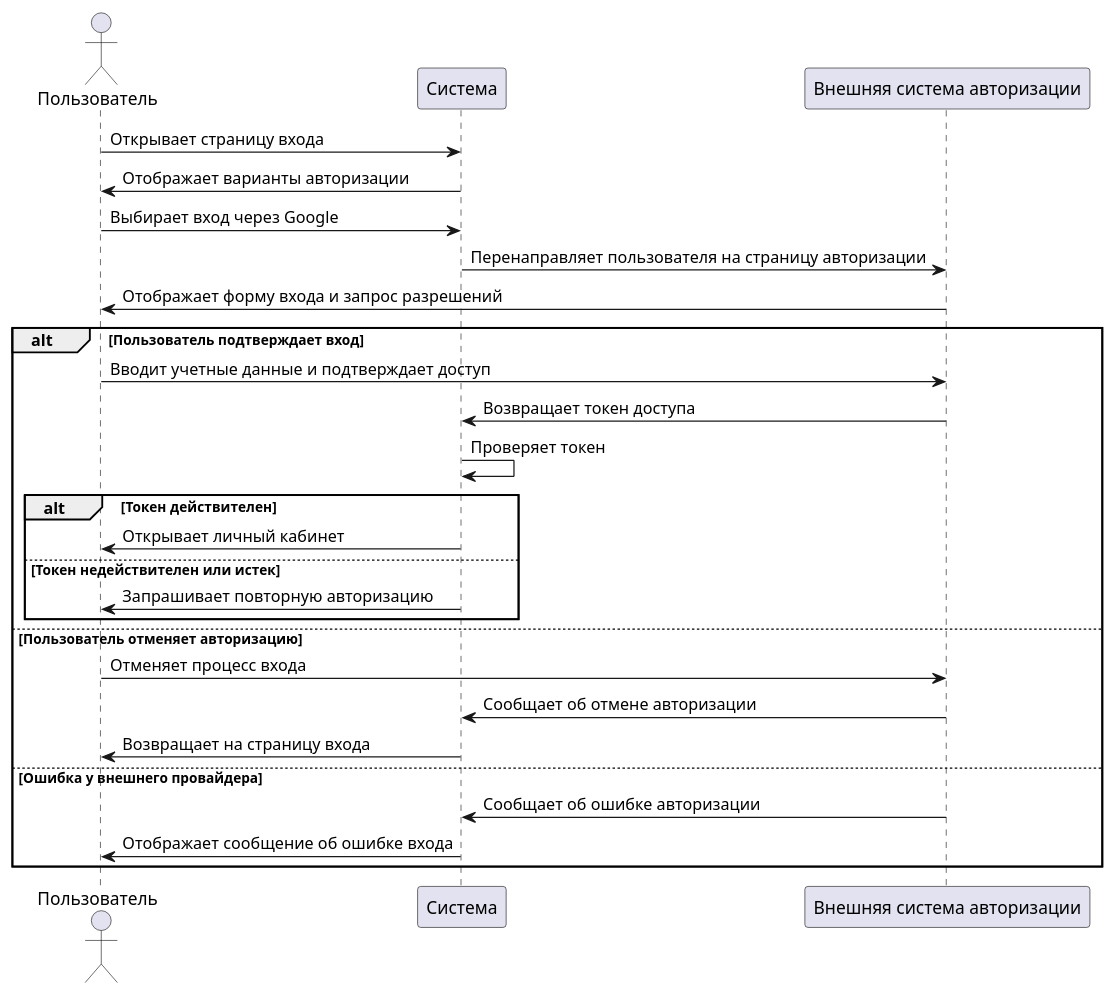
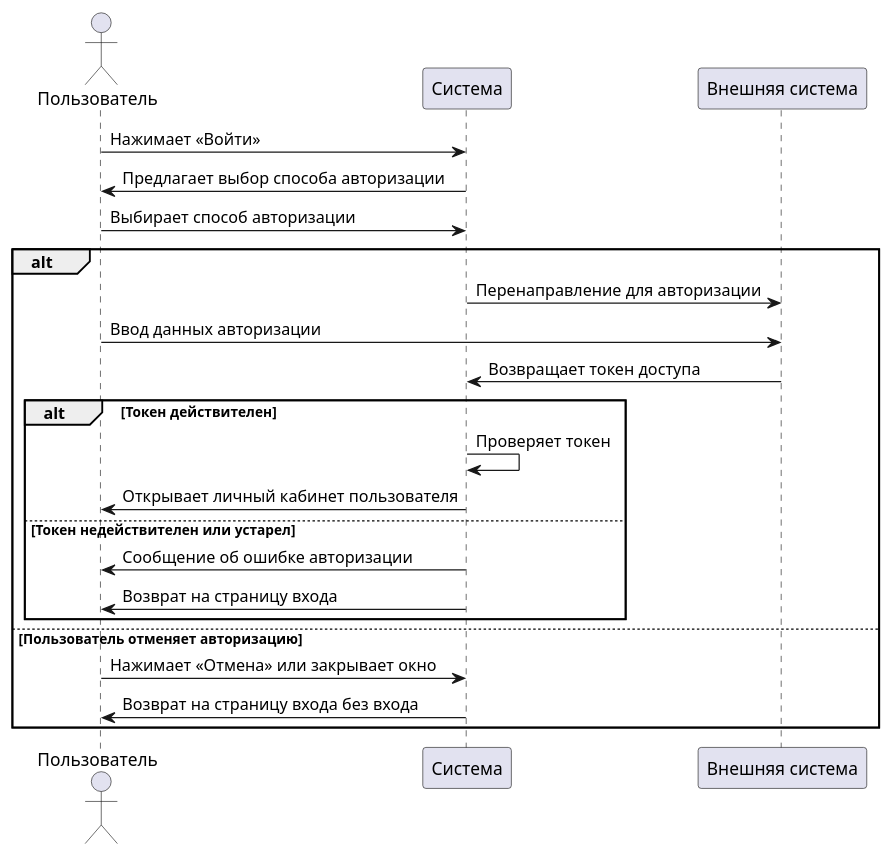
Before and after one commit to DustofTimeYT/DropDatabase: the diagram in docs/external-auth-diagram.plantuml, drawn with PlantUML.

Commit message:
Обновил диаграмму последовательности для авторизации

```diff
--- a/docs/external-auth-diagram.plantuml
+++ b/docs/external-auth-diagram.plantuml
@@ -1,31 +1,28 @@
 @startuml
 actor Пользователь
-participant "Система" as System
-participant "Внешняя система авторизации" as Auth
+participant Система
+participant "Внешняя система" as ВнешняяСистема
 
-Пользователь -> System: Открывает страницу входа
-System -> Пользователь: Отображает варианты авторизации
+Пользователь -> Система : Нажимает «Войти»
+Система -> Пользователь : Предлагает выбор способа авторизации
+Пользователь -> Система : Выбирает способ авторизации
 
-Пользователь -> System: Выбирает вход через Google
-System -> Auth: Перенаправляет пользователя на страницу авторизации
+alt 
+  Система -> ВнешняяСистема : Перенаправление для авторизации
+  Пользователь -> ВнешняяСистема : Ввод данных авторизации
+  ВнешняяСистема -> Система : Возвращает токен доступа
 
-Auth -> Пользователь: Отображает форму входа и запрос разрешений
-alt Пользователь подтверждает вход
-    Пользователь -> Auth: Вводит учетные данные и подтверждает доступ
-    Auth -> System: Возвращает токен доступа
-    System -> System: Проверяет токен
-    alt Токен действителен
-        System -> Пользователь: Открывает личный кабинет
-    else Токен недействителен или истек
-        System -> Пользователь: Запрашивает повторную авторизацию
-    end
+  alt Токен действителен
+    Система -> Система : Проверяет токен
+    Система -> Пользователь : Открывает личный кабинет пользователя
+  else Токен недействителен или устарел
+    Система -> Пользователь : Сообщение об ошибке авторизации
+    Система -> Пользователь : Возврат на страницу входа
+  end
+
 else Пользователь отменяет авторизацию
-    Пользователь -> Auth: Отменяет процесс входа
-    Auth -> System: Сообщает об отмене авторизации
-    System -> Пользователь: Возвращает на страницу входа
-else Ошибка у внешнего провайдера
-    Auth -> System: Сообщает об ошибке авторизации
-    System -> Пользователь: Отображает сообщение об ошибке входа
+  Пользователь -> Система : Нажимает «Отмена» или закрывает окно
+  Система -> Пользователь : Возврат на страницу входа без входа
 end
 
 @enduml
```
